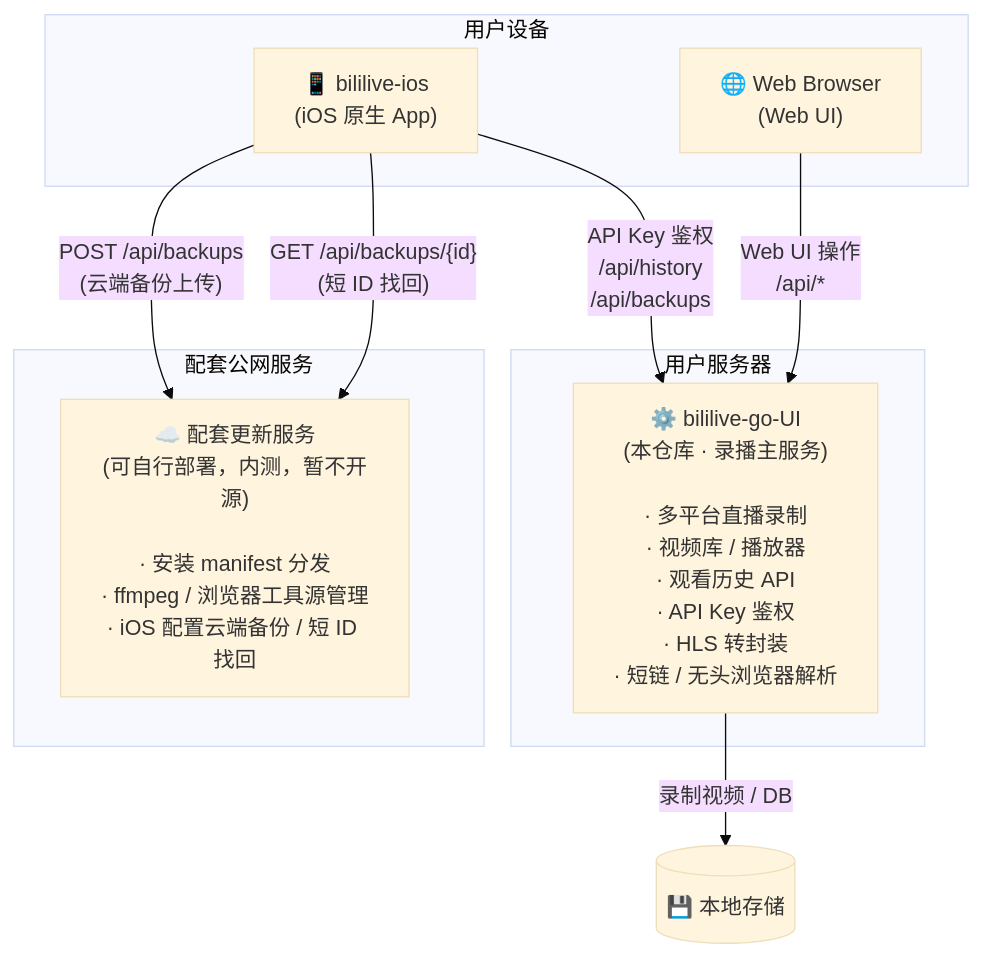
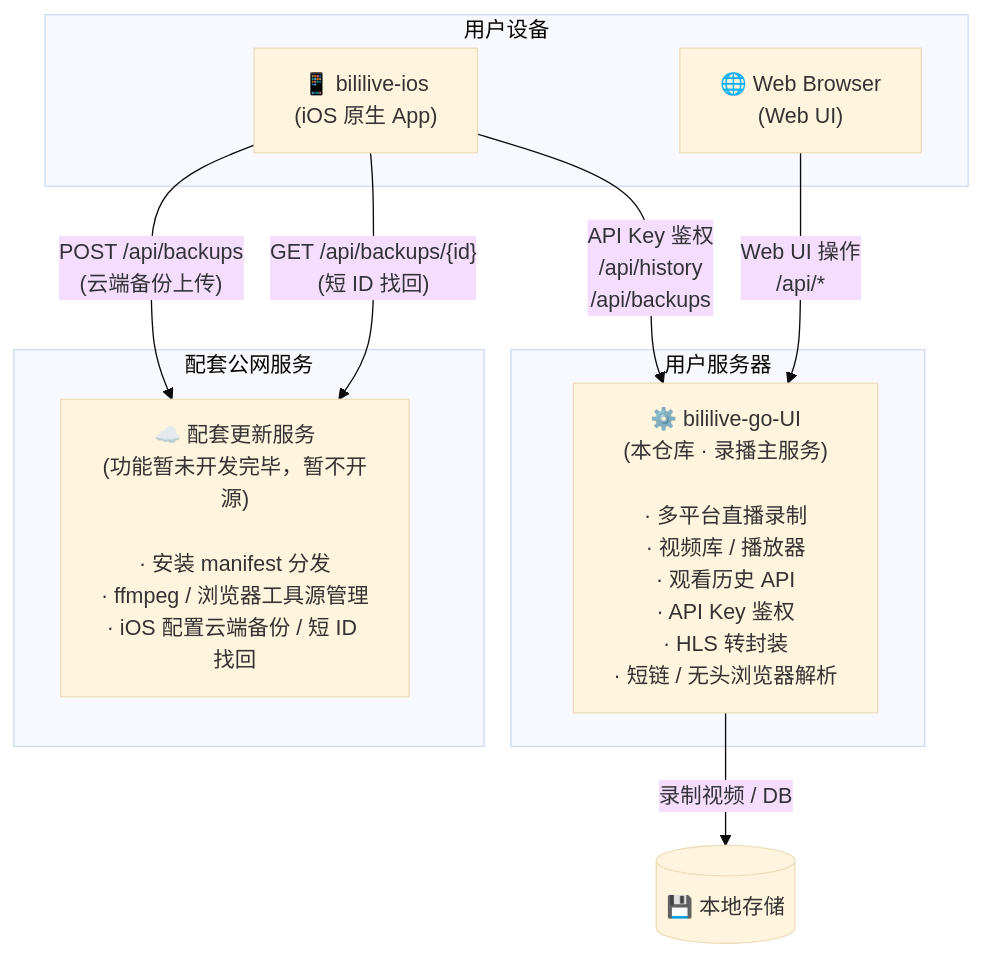
The diagram in README.md (xuyuanzhang1122/bililive-go-UI), drawn with Mermaid (base theme) before and after one commit.

````diff
--- a/README.md
+++ b/README.md
@@ -17,21 +17,21 @@
 ```mermaid
 graph TD
     subgraph 用户设备
         iOS["📱 bililive-ios\n(iOS 原生 App)"]
         Browser["🌐 Web Browser\n(Web UI)"]
     end
 
     subgraph 用户服务器
         Core["⚙️ bililive-go-UI\n(本仓库 · 录播主服务)\n\n· 多平台直播录制\n· 视频库 / 播放器\n· 观看历史 API\n· API Key 鉴权\n· HLS 转封装\n· 短链 / 无头浏览器解析"]
     end
 
     subgraph 配套公网服务
-        UpdateSrv["☁️ 配套更新服务\n(可自行部署，内测，暂不开源)\n\n· 安装 manifest 分发\n· ffmpeg / 浏览器工具源管理\n· iOS 配置云端备份 / 短 ID 找回"]
+        UpdateSrv["☁️ 配套更新服务\n(功能暂未开发完毕，暂不开源)\n\n· 安装 manifest 分发\n· ffmpeg / 浏览器工具源管理\n· iOS 配置云端备份 / 短 ID 找回"]
     end
 
     iOS -- "API Key 鉴权\n/api/history\n/api/backups" --> Core
     Browser -- "Web UI 操作\n/api/*" --> Core
     iOS -- "POST /api/backups\n(云端备份上传)" --> UpdateSrv
     iOS -- "GET /api/backups/{id}\n(短 ID 找回)" --> UpdateSrv
     Core -- "录制视频 / DB" --> Storage[("💾 本地存储")]
 ```
````
